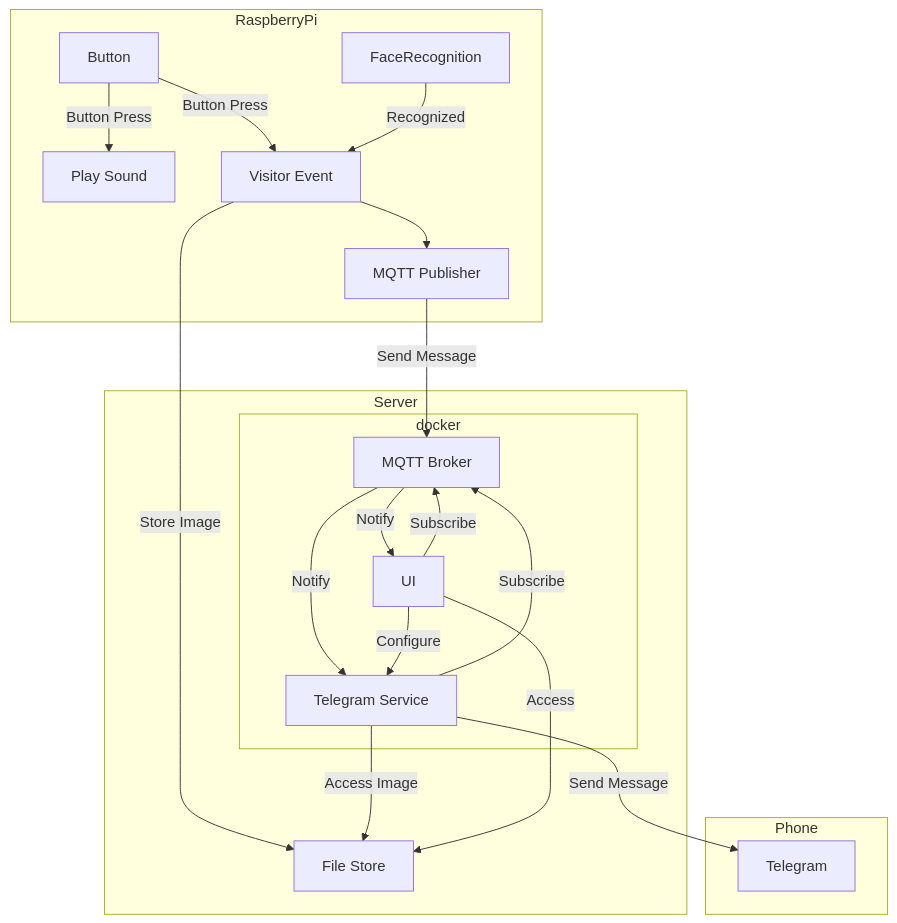
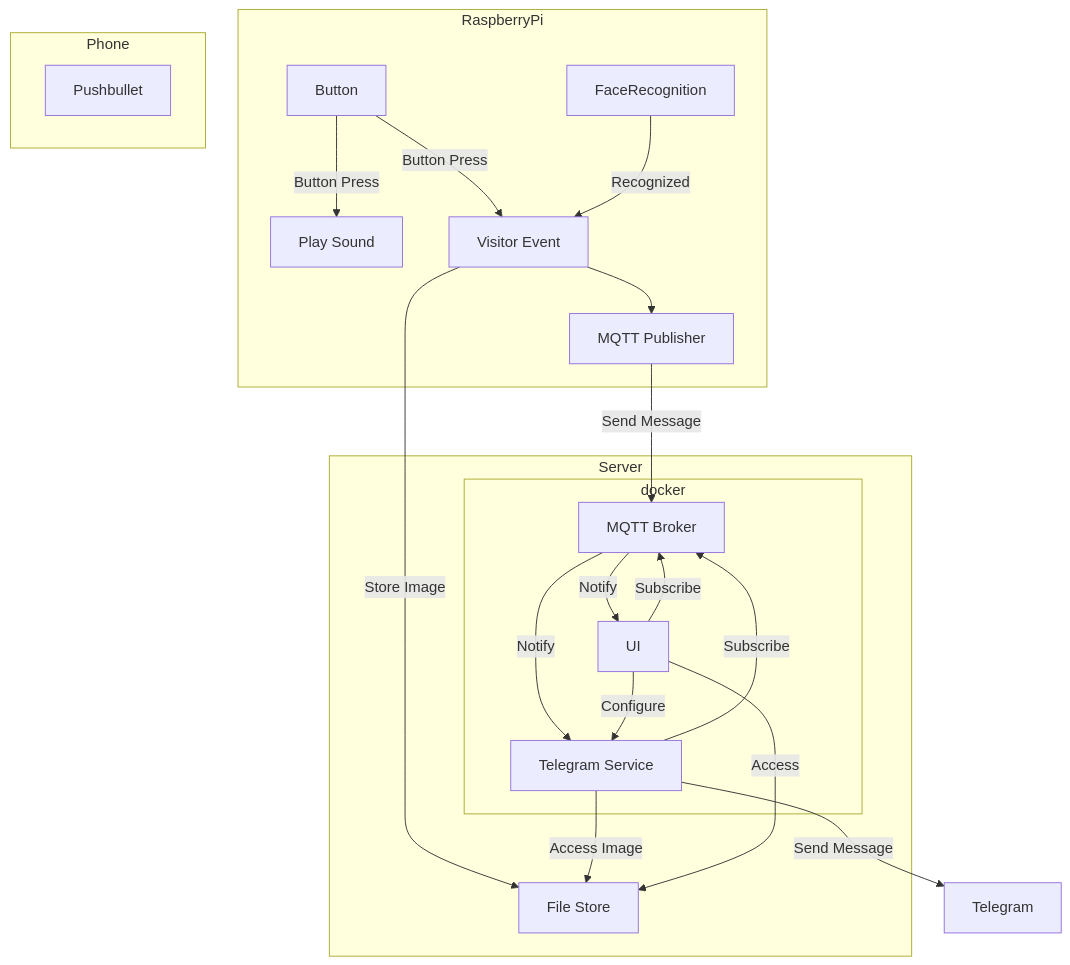
The first of 2 diagrams in README.md (flotti97/rpi-telegram-doorbell), drawn with Mermaid before and after one commit. The commit also changed other lines of this file, not shown here.

````diff
--- a/README.md
+++ b/README.md
@@ -5,47 +5,47 @@
 ```mermaid
 graph TD
     subgraph RaspberryPi
         Doorbell[Button]
         Pi[MQTT Publisher]
         Speaker[Play Sound]
         Visitor[Visitor Event]
         FaceRecognition
 
         Doorbell -->|Button Press| Visitor & Speaker
         FaceRecognition -->|Recognized| Visitor
 
         Visitor --> Pi
 
     end
 
     subgraph Server[Server]
         subgraph docker
             MQTT[MQTT Broker]
             Notifier[Telegram Service]
             UI[UI]
         end
 
         FileShare[File Store]
     end
 
     subgraph Phone
-        Telegram
+        Pushbullet
     end
 
-    Phone[Smartphone with Telegram]
+    Phone[Smartphone with Pushbullet]
 
 
     Pi -->|Send Message| MQTT
     Notifier -->|Subscribe| MQTT
     MQTT -->|Notify| Notifier
 
     Visitor -->|Store Image| FileShare
     Notifier -->|Access Image| FileShare
 
     Notifier -->|Send Message| Telegram
 
     MQTT -->|Notify| UI
     UI -->|Subscribe| MQTT
     UI -->|Access| FileShare
     UI -->|Configure| Notifier
 ```
````
